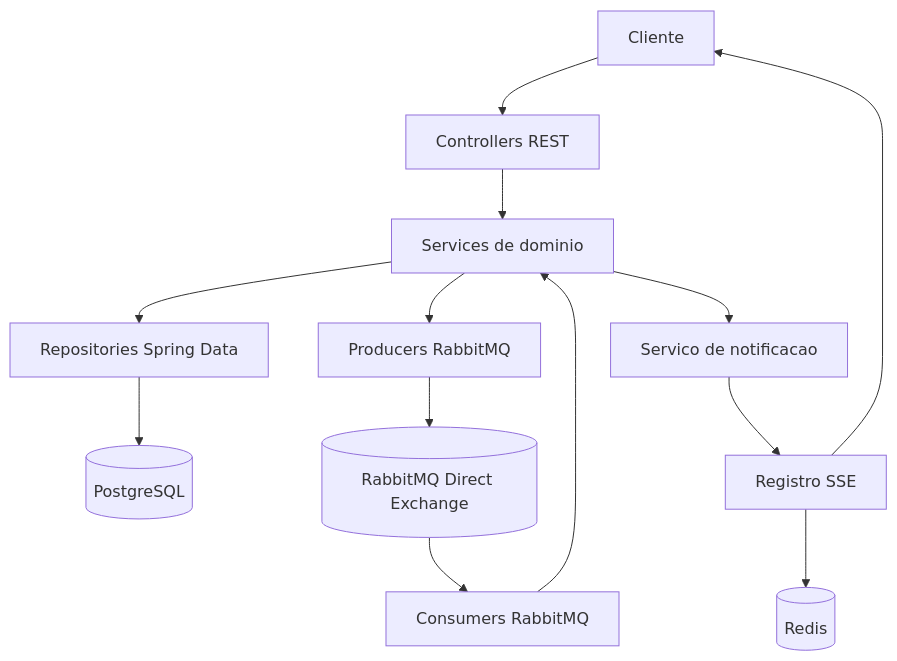
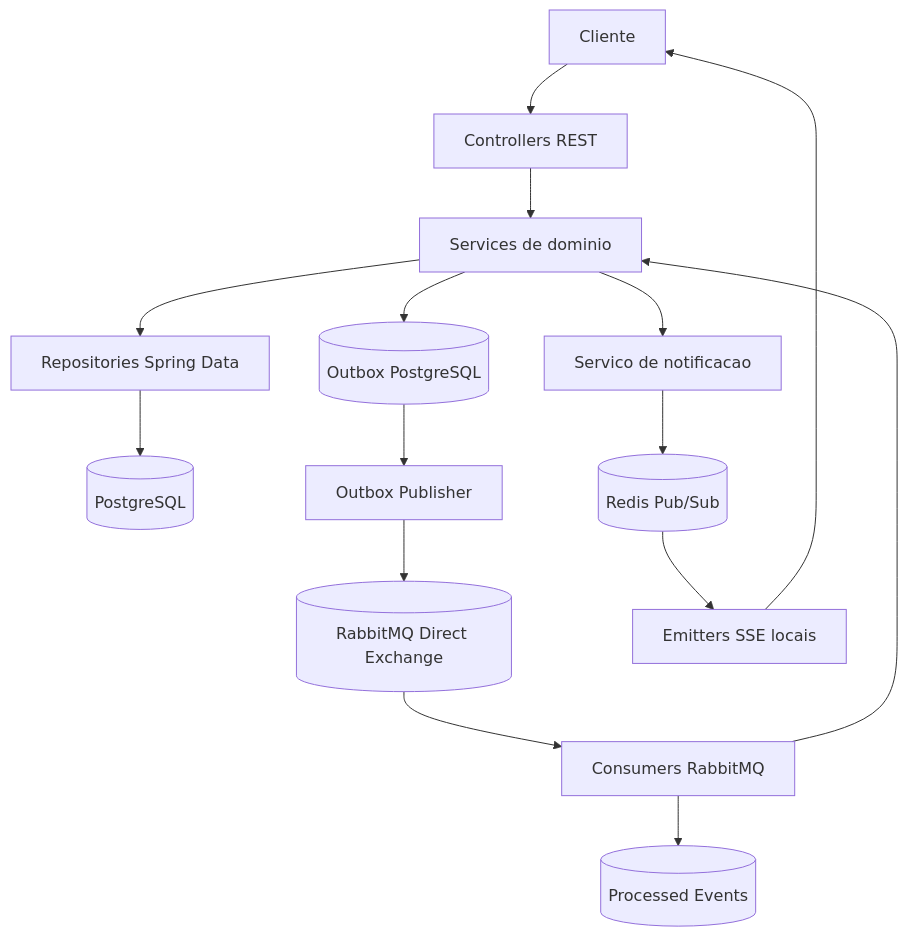
Before and after one commit to Joaopdiasventura/Auronix-server: the first of 3 diagrams in docs/pt-br/arquitetura/README.md, drawn with Mermaid. The commit also changed other lines of this file, not shown here.

Commit message:
docs(architecture): document reliability and failure flows

````diff
--- a/docs/pt-br/arquitetura/README.md
+++ b/docs/pt-br/arquitetura/README.md
@@ -7,15 +7,17 @@
 ```mermaid
 flowchart TD
     Client[Cliente] --> Controllers[Controllers REST]
     Controllers --> Services[Services de dominio]
     Services --> Repositories[Repositories Spring Data]
     Repositories --> Postgres[(PostgreSQL)]
-    Services --> Producers[Producers RabbitMQ]
-    Producers --> Rabbit[(RabbitMQ Direct Exchange)]
+    Services --> Outbox[(Outbox PostgreSQL)]
+    Outbox --> Publisher[Outbox Publisher]
+    Publisher --> Rabbit[(RabbitMQ Direct Exchange)]
     Rabbit --> Consumers[Consumers RabbitMQ]
+    Consumers --> Idempotency[(Processed Events)]
     Consumers --> Services
     Services --> Notifications[Servico de notificacao]
-    Notifications --> SSE[Registro SSE]
-    SSE --> Redis[(Redis)]
+    Notifications --> RedisPubSub[(Redis Pub/Sub)]
+    RedisPubSub --> SSE[Emitters SSE locais]
     SSE --> Client
 ```
````
